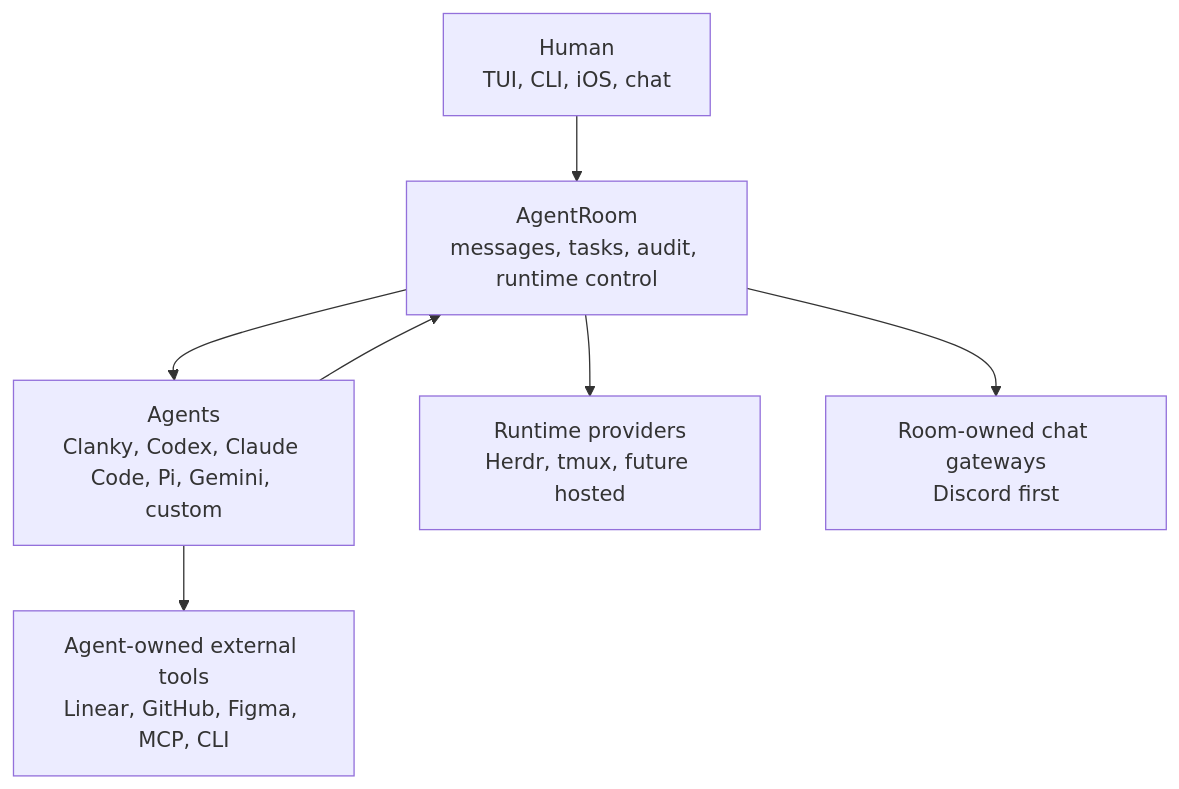
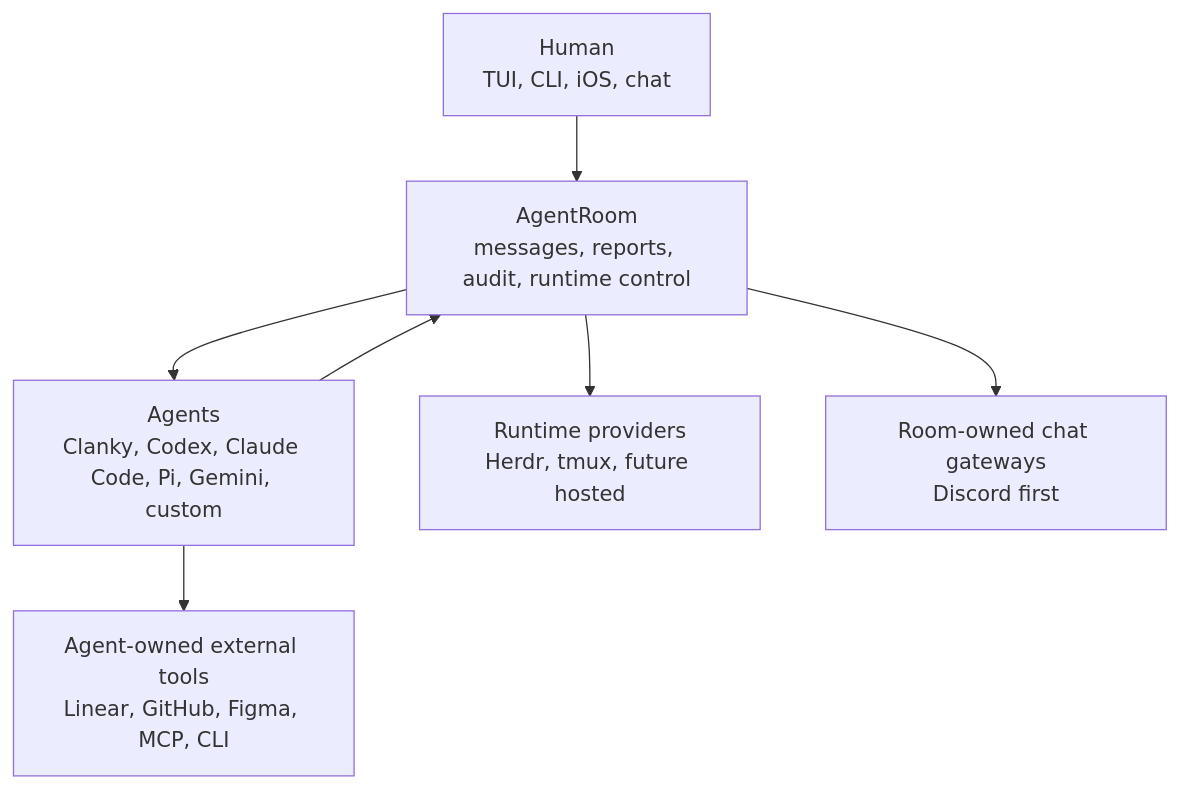
One commit to Volpestyle/agent-room changed the diagram in README.md. Above: the diagram before and after it, drawn with Mermaid. The commit also changed other lines of this file and 41 other files, not shown here.

````diff
--- a/README.md
+++ b/README.md
@@ -66,16 +66,16 @@
 ```mermaid
 flowchart TB
   human["Human<br/>TUI, CLI, iOS, chat"]
-  room["AgentRoom<br/>messages, tasks, audit, runtime control"]
+  room["AgentRoom<br/>messages, reports, audit, runtime control"]
   agents["Agents<br/>Clanky, Codex, Claude Code, Pi, Gemini, custom"]
   runtimes["Runtime providers<br/>Herdr, tmux, future hosted"]
   gateways["Room-owned chat gateways<br/>Discord first"]
   external["Agent-owned external tools<br/>Linear, GitHub, Figma, MCP, CLI"]
 
   human --> room
   room --> agents
   agents --> room
   room --> runtimes
   room --> gateways
   agents --> external
 ```
````
